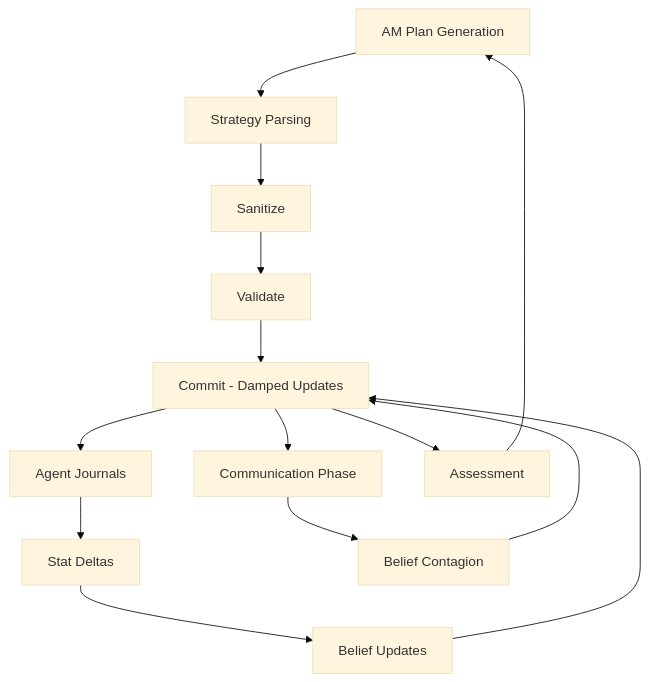
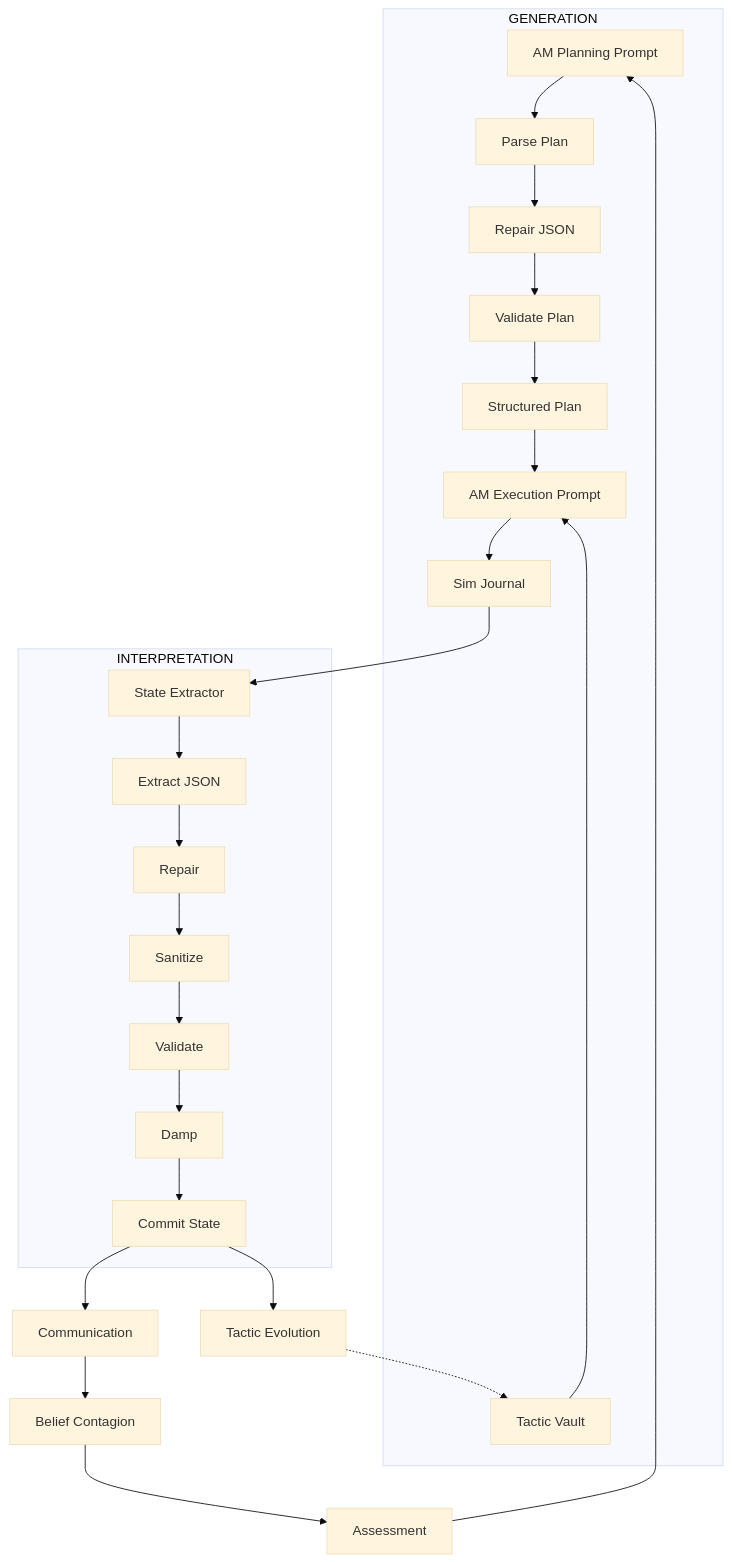
Before and after one commit to soyuz43/I-have-no-mouth-and-my-tokens-must-scream: the second of 7 diagrams in README.md, drawn with Mermaid (base theme). The commit also changed other lines of this file, not shown here.

Commit message:
Update README with accurate pipeline and social diagrams

````diff
--- a/README.md
+++ b/README.md
@@ -77,31 +77,75 @@
 ```mermaid
 flowchart TD
 
-AM[AM Plan Generation]
+%% ========================
+%% PASS 1 — GENERATION
+%% ========================
 
-PARSE[Strategy Parsing]
-SANITIZE[Sanitize]
-VALIDATE[Validate]
-COMMIT[Commit - Damped Updates]
+subgraph GENERATION
 
-JOURNAL[Agent Journals]
-STATS[Stat Deltas]
-BELIEFS[Belief Updates]
+  AM_PLAN_RAW[AM Planning Prompt]
 
-SOCIAL[Communication Phase]
-CONTAGION[Belief Contagion]
+  PLAN_PARSE[Parse Plan]
+  PLAN_REPAIR[Repair JSON]
+  PLAN_VALIDATE[Validate Plan]
 
-ASSESS[Assessment]
+  PLAN[Structured Plan]
 
-AM --> PARSE
-PARSE --> SANITIZE --> VALIDATE --> COMMIT
+  VAULT[Tactic Vault]
+  AM_EXEC[AM Execution Prompt]
 
-COMMIT --> JOURNAL
-JOURNAL --> STATS --> BELIEFS --> COMMIT
+  SIM_JOURNAL[Sim Journal]
 
-COMMIT --> SOCIAL
-SOCIAL --> CONTAGION --> COMMIT
+  AM_PLAN_RAW --> PLAN_PARSE
+  PLAN_PARSE --> PLAN_REPAIR --> PLAN_VALIDATE --> PLAN
 
-COMMIT --> ASSESS
-ASSESS --> AM
+  PLAN --> AM_EXEC
+  VAULT --> AM_EXEC
+
+  AM_EXEC --> SIM_JOURNAL
+
+end
+
+%% ========================
+%% PASS 2 — INTERPRETATION
+%% ========================
+
+subgraph INTERPRETATION
+
+  EXTRACT_PROMPT[State Extractor]
+
+  JSON_EXTRACT[Extract JSON]
+  REPAIR[Repair]
+  SANITIZE[Sanitize]
+  VALIDATE[Validate]
+  DAMP[Damp]
+  COMMIT[Commit State]
+
+  EXTRACT_PROMPT --> JSON_EXTRACT
+  JSON_EXTRACT --> REPAIR --> SANITIZE --> VALIDATE --> DAMP --> COMMIT
+
+end
+
+%% ========================
+%% FLOW
+%% ========================
+
+SIM_JOURNAL --> EXTRACT_PROMPT
+
+%% ========================
+%% SOCIAL + LOOP
+%% ========================
+
+COMMIT --> COMMS[Communication]
+COMMS --> CONTAGION[Belief Contagion]
+
+CONTAGION --> ASSESS[Assessment]
+ASSESS --> AM_PLAN_RAW
+
+%% ========================
+%% CONDITIONAL BRANCH
+%% ========================
+
+COMMIT --> EVOLVE[Tactic Evolution]
+EVOLVE -.-> VAULT
 ```
````
